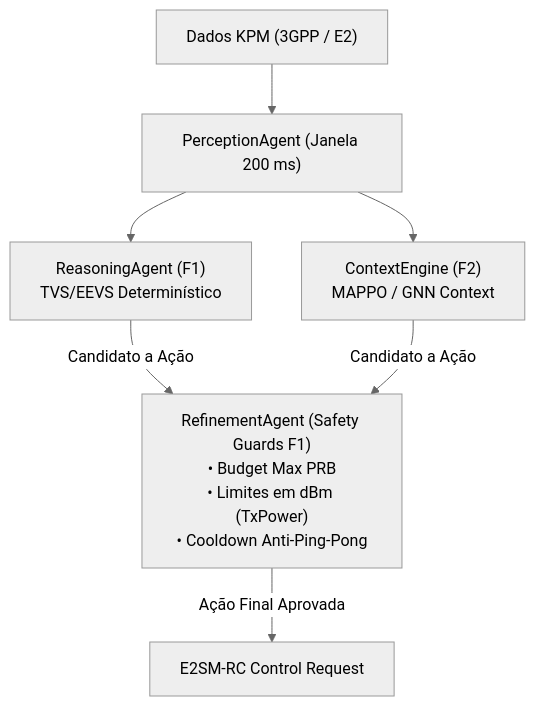
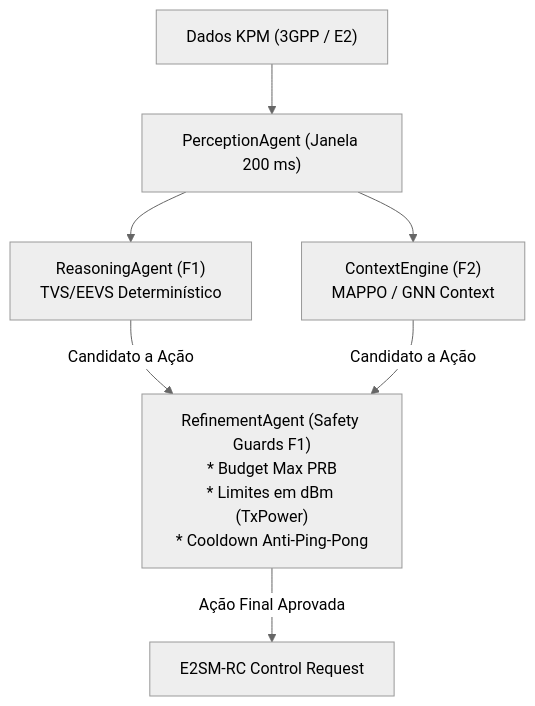
Before and after one commit to georgebarbosa3090/XApp-RDL-F2: the second of 2 diagrams in docs/compliance/PHASE1_PHASE2_SYNC_CONTRACT.md, drawn with Mermaid (neutral theme). The commit also changed 30 other files, not shown here.

````diff
--- a/docs/compliance/PHASE1_PHASE2_SYNC_CONTRACT.md
+++ b/docs/compliance/PHASE1_PHASE2_SYNC_CONTRACT.md
@@ -98,16 +98,16 @@
 ```mermaid
 flowchart TD
     KPM["Dados KPM (3GPP / E2)"]
     PA["PerceptionAgent (Janela 200 ms)"]
     RA_F1["ReasoningAgent (F1)<br/>TVS/EEVS Determinístico"]
     CE_F2["ContextEngine (F2)<br/>MAPPO / GNN Context"]
-    REF["RefinementAgent (Safety Guards F1)<br/>• Budget Max PRB<br/>• Limites em dBm (TxPower)<br/>• Cooldown Anti-Ping-Pong"]
+    REF["RefinementAgent (Safety Guards F1)<br/>* Budget Max PRB<br/>* Limites em dBm (TxPower)<br/>* Cooldown Anti-Ping-Pong"]
     RC["E2SM-RC Control Request"]
 
     KPM --> PA
     PA --> RA_F1
     PA --> CE_F2
     RA_F1 -->|"Candidato a Ação"| REF
     CE_F2 -->|"Candidato a Ação"| REF
     REF -->|"Ação Final Aprovada"| RC
 ```
````
